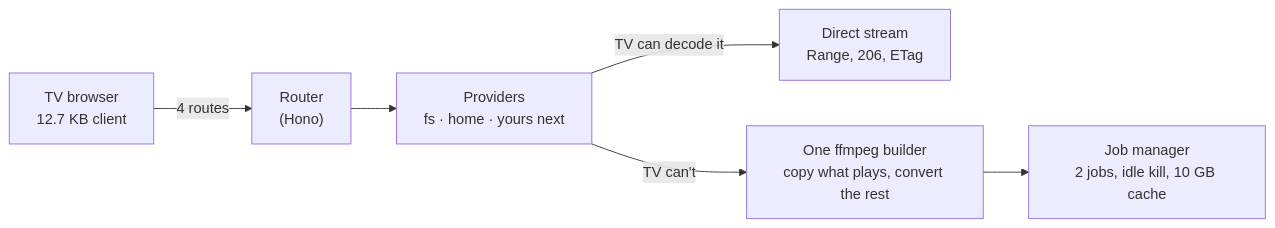
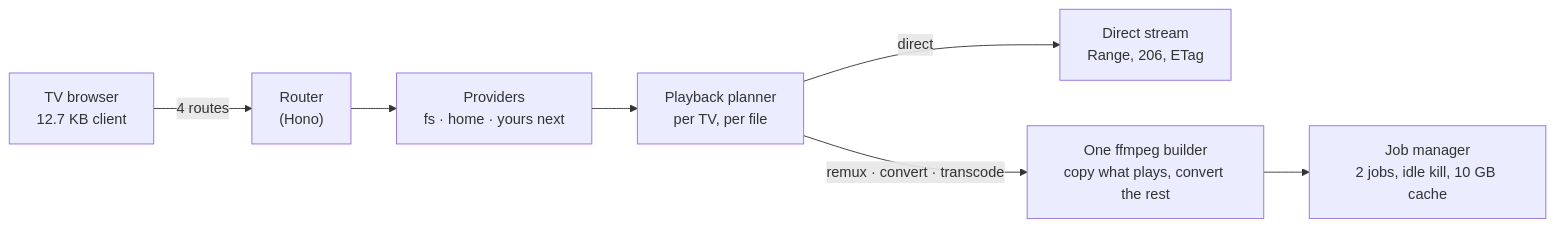
One commit to bully911210/homecast changed the diagram in README.md. Above: the diagram before and after it, drawn with Mermaid. The commit also changed other lines of this file, not shown here.

````diff
--- a/README.md
+++ b/README.md
@@ -61,8 +65,9 @@
 ```mermaid
 flowchart LR
   TV["TV browser<br/>12.7 KB client"] -- "4 routes" --> R["Router<br/>(Hono)"]
   R --> P["Providers<br/>fs · home · yours next"]
-  P -- "TV can decode it" --> D["Direct stream<br/>Range, 206, ETag"]
-  P -- "TV can't" --> H["One ffmpeg builder<br/>copy what plays, convert the rest"]
+  P --> PL["Playback planner<br/>per TV, per file"]
+  PL -- "direct" --> D["Direct stream<br/>Range, 206, ETag"]
+  PL -- "remux · convert · transcode" --> H["One ffmpeg builder<br/>copy what plays, convert the rest"]
   H --> J["Job manager<br/>2 jobs, idle kill, 10 GB cache"]
 ```
````
